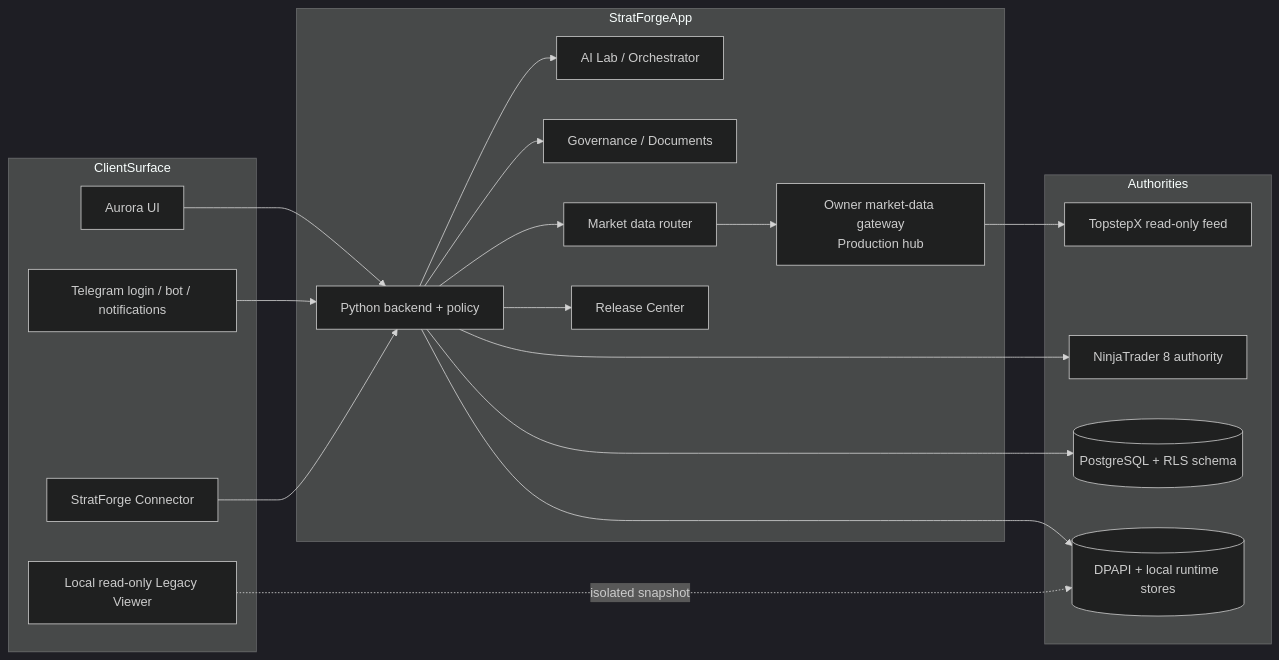
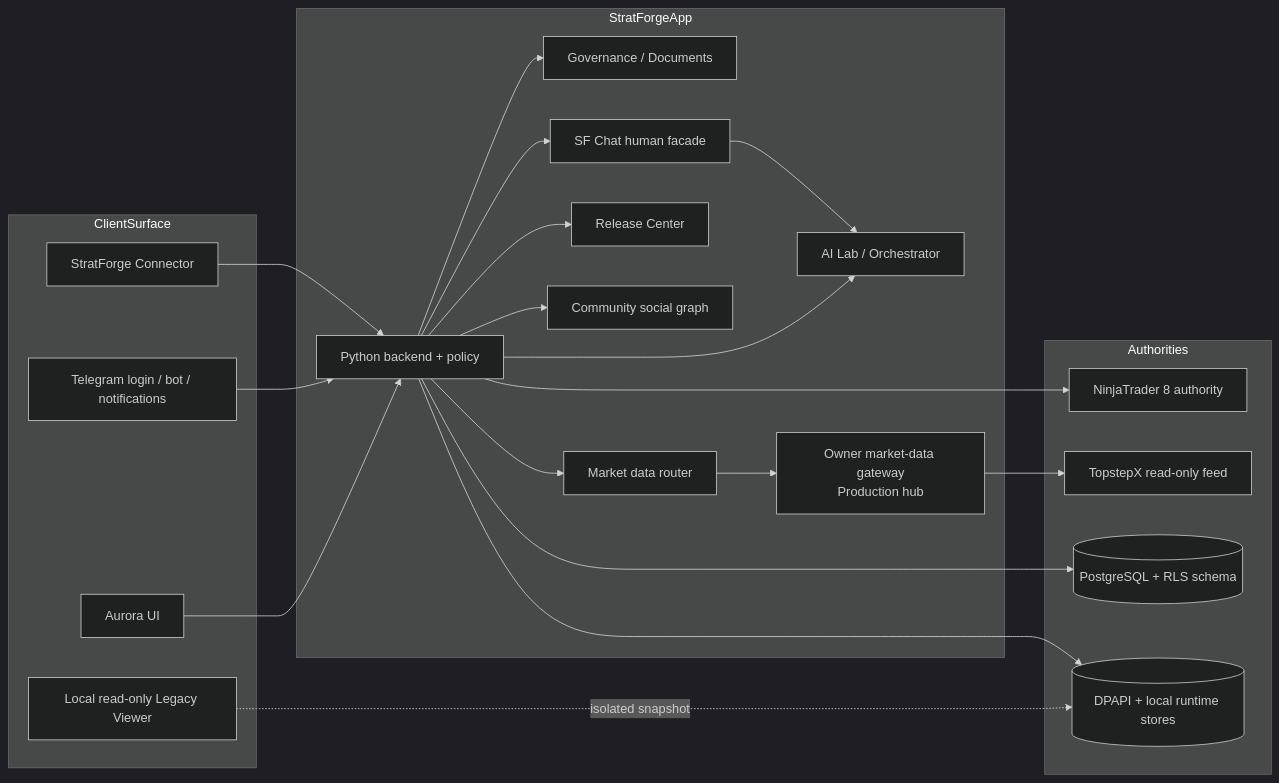
The diagram in NT-Analyzer/docs/external-gpt-context/03_ARCHITECTURE_AND_DATA_MODEL.md (OMNOM-111/NT-Analyzer), drawn with Mermaid (dark theme) before and after one commit. The commit also changed other lines of this file and 31 other files, not shown here.

````diff
--- a/NT-Analyzer/docs/external-gpt-context/03_ARCHITECTURE_AND_DATA_MODEL.md
+++ b/NT-Analyzer/docs/external-gpt-context/03_ARCHITECTURE_AND_DATA_MODEL.md
@@ -11,39 +12,44 @@
 ```mermaid
 flowchart LR
   subgraph ClientSurface
     Browser[Aurora UI]
     Telegram[Telegram login / bot / notifications]
     Connector[StratForge Connector]
     Legacy[Local read-only Legacy Viewer]
   end
 
   subgraph StratForgeApp
     API[Python backend + policy]
     Agents[AI Lab / Orchestrator]
     Docs[Governance / Documents]
     MD[Market data router]
     Gateway[Owner market-data gateway<br/>Production hub]
     RC[Release Center]
+    Community[Community social graph]
+    SFChat[SF Chat human facade]
   end
 
   subgraph Authorities
     NT[NinjaTrader 8 authority]
     TS[TopstepX read-only feed]
     PG[(PostgreSQL + RLS schema)]
     Local[(DPAPI + local runtime stores)]
   end
 
   Browser --> API
   Telegram --> API
   Connector --> API
   Legacy -. isolated snapshot .-> Local
   API --> Agents
   API --> Docs
   API --> MD
   API --> RC
+  API --> Community
+  API --> SFChat
+  SFChat --> Agents
   API --> NT
   MD --> Gateway
   Gateway --> TS
   API --> PG
   API --> Local
 ```
````
